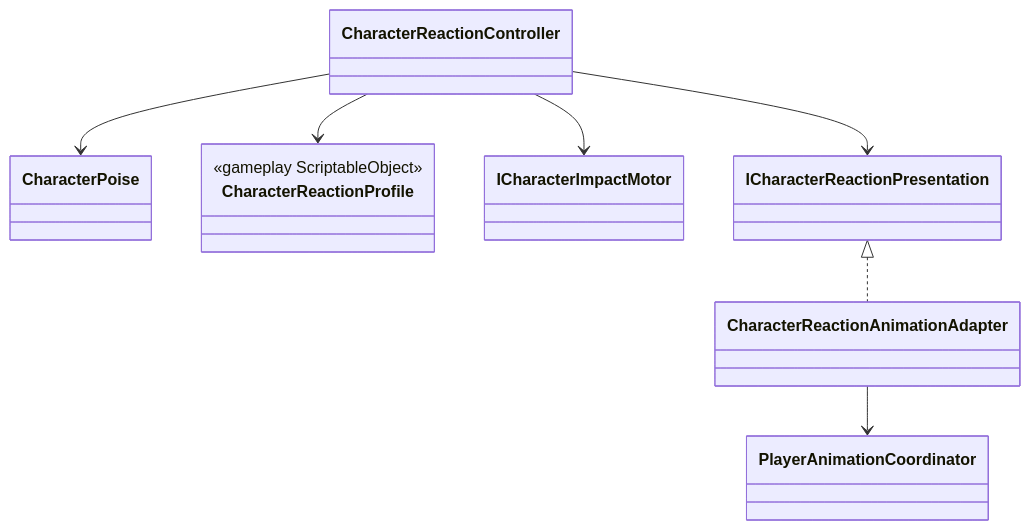
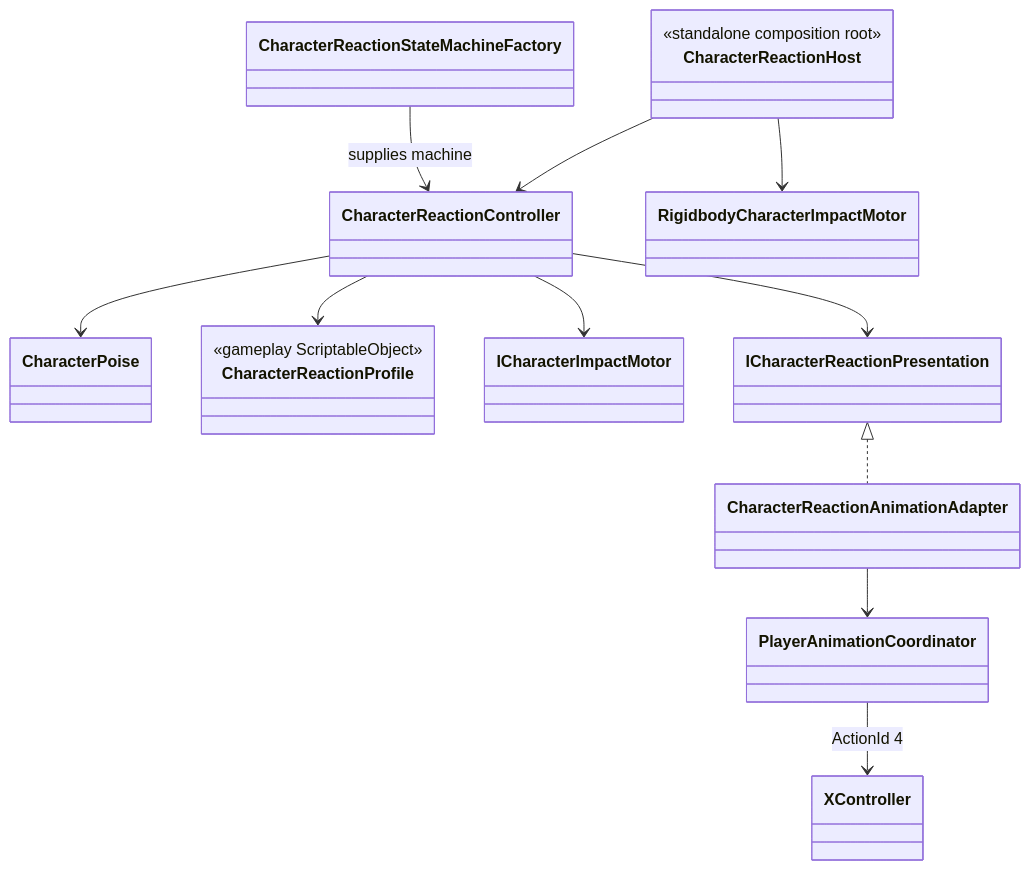
One commit to MaximFonariuc/project-s changed the diagram in Assets/_App/Core/Runtime/Combat/Reactions/README.md. Above: the diagram before and after it, drawn with Mermaid. The commit also changed other lines of this file and 26 other files, not shown here.

Commit message:
feat: add shared character reaction target

````diff
--- a/Assets/_App/Core/Runtime/Combat/Reactions/README.md
+++ b/Assets/_App/Core/Runtime/Combat/Reactions/README.md
@@ -5,19 +5,29 @@
 ```mermaid
 classDiagram
     class CharacterReactionController
     class CharacterPoise
+    class CharacterReactionStateMachineFactory
     class CharacterReactionProfile {
         <<gameplay ScriptableObject>>
     }
     class ICharacterImpactMotor
     class ICharacterReactionPresentation
     class CharacterReactionAnimationAdapter
     class PlayerAnimationCoordinator
+    class CharacterReactionHost {
+        <<standalone composition root>>
+    }
+    class RigidbodyCharacterImpactMotor
+    class XController
 
+    CharacterReactionStateMachineFactory --> CharacterReactionController : supplies machine
     CharacterReactionController --> CharacterPoise
     CharacterReactionController --> CharacterReactionProfile
     CharacterReactionController --> ICharacterImpactMotor
     CharacterReactionController --> ICharacterReactionPresentation
     ICharacterReactionPresentation <|.. CharacterReactionAnimationAdapter
     CharacterReactionAnimationAdapter --> PlayerAnimationCoordinator
+    PlayerAnimationCoordinator --> XController : ActionId 4
+    CharacterReactionHost --> CharacterReactionController
+    CharacterReactionHost --> RigidbodyCharacterImpactMotor
 ```
````
